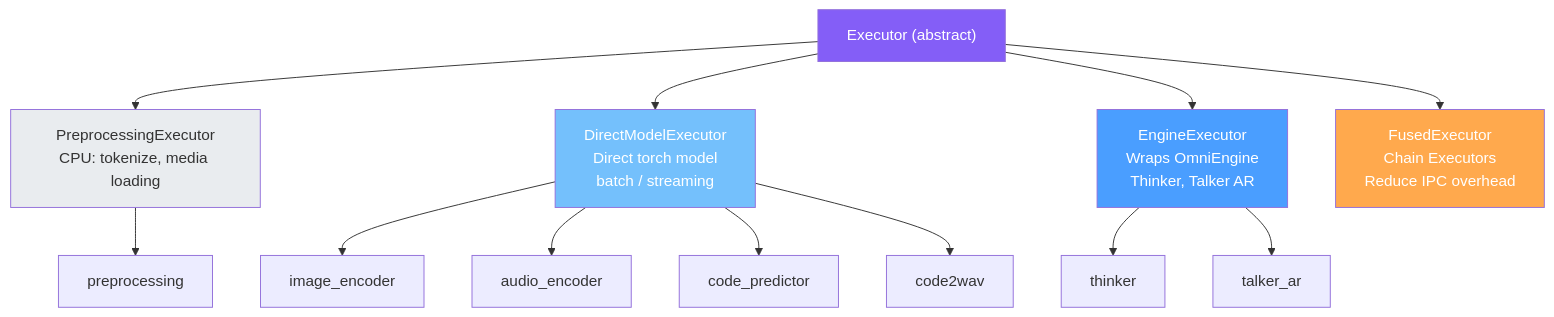
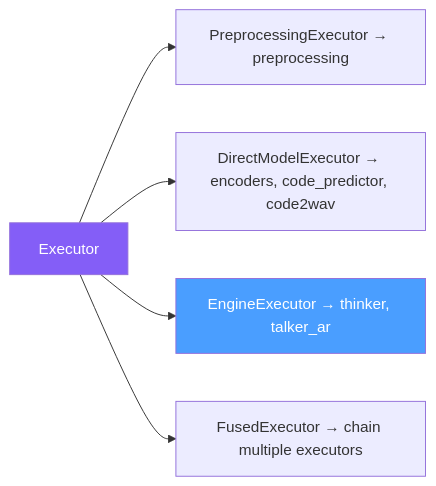
Before and after one commit to zhaochenyang20/Awesome-ML-SYS-Tutorial: diagram 20 of 33 in sglang/sglang-omni/README.md, drawn with Mermaid. The commit also changed other lines of this file, not shown here.

First line of the commit message:
style: flatten all diagrams to avoid subgraph overlap issues

````diff
--- a/sglang/sglang-omni/README.md
+++ b/sglang/sglang-omni/README.md
@@ -798,23 +715,10 @@
 ```mermaid
-graph TB
-    Executor["Executor (abstract)"]
+graph LR
+    E["Executor"] --> PE["PreprocessingExecutor → preprocessing"]
+    E --> DME["DirectModelExecutor → encoders, code_predictor, code2wav"]
+    E --> EE["EngineExecutor → thinker, talker_ar"]
+    E --> FE["FusedExecutor → chain multiple executors"]
 
-    Executor --> PE["PreprocessingExecutor<br/>CPU: tokenize, media loading"]
-    Executor --> DME["DirectModelExecutor<br/>Direct torch model<br/>batch / streaming"]
-    Executor --> EE["EngineExecutor<br/>Wraps OmniEngine<br/>Thinker, Talker AR"]
-    Executor --> FE["FusedExecutor<br/>Chain Executors<br/>Reduce IPC overhead"]
-
-    PE --> Pre["preprocessing"]
-    DME --> IE["image_encoder"]
-    DME --> AE["audio_encoder"]
-    DME --> CP["code_predictor"]
-    DME --> CW["code2wav"]
-    EE --> Th["thinker"]
-    EE --> Tk["talker_ar"]
-
-    style Executor fill:#845ef7,color:#fff
-    style PE fill:#e9ecef,color:#333
-    style DME fill:#74c0fc,color:#fff
+    style E fill:#845ef7,color:#fff
     style EE fill:#4a9eff,color:#fff
-    style FE fill:#ffa94d,color:#fff
 ```
````
